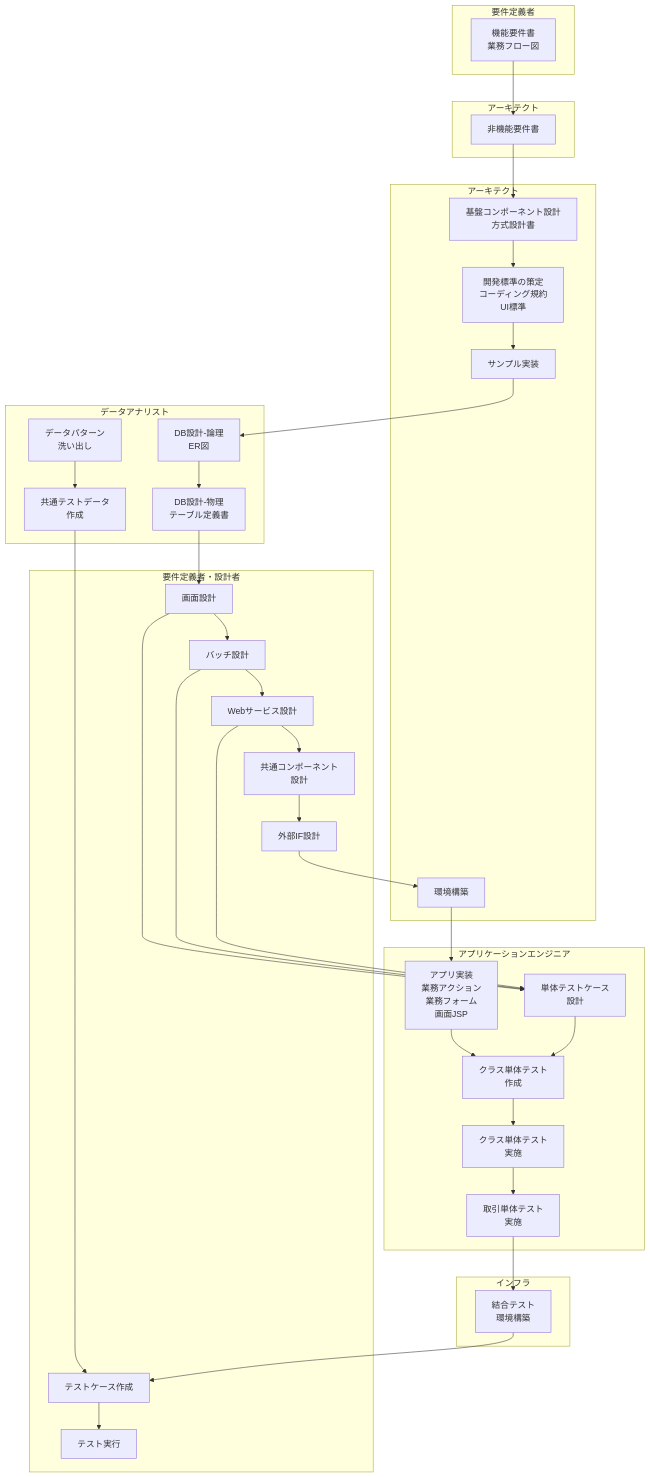
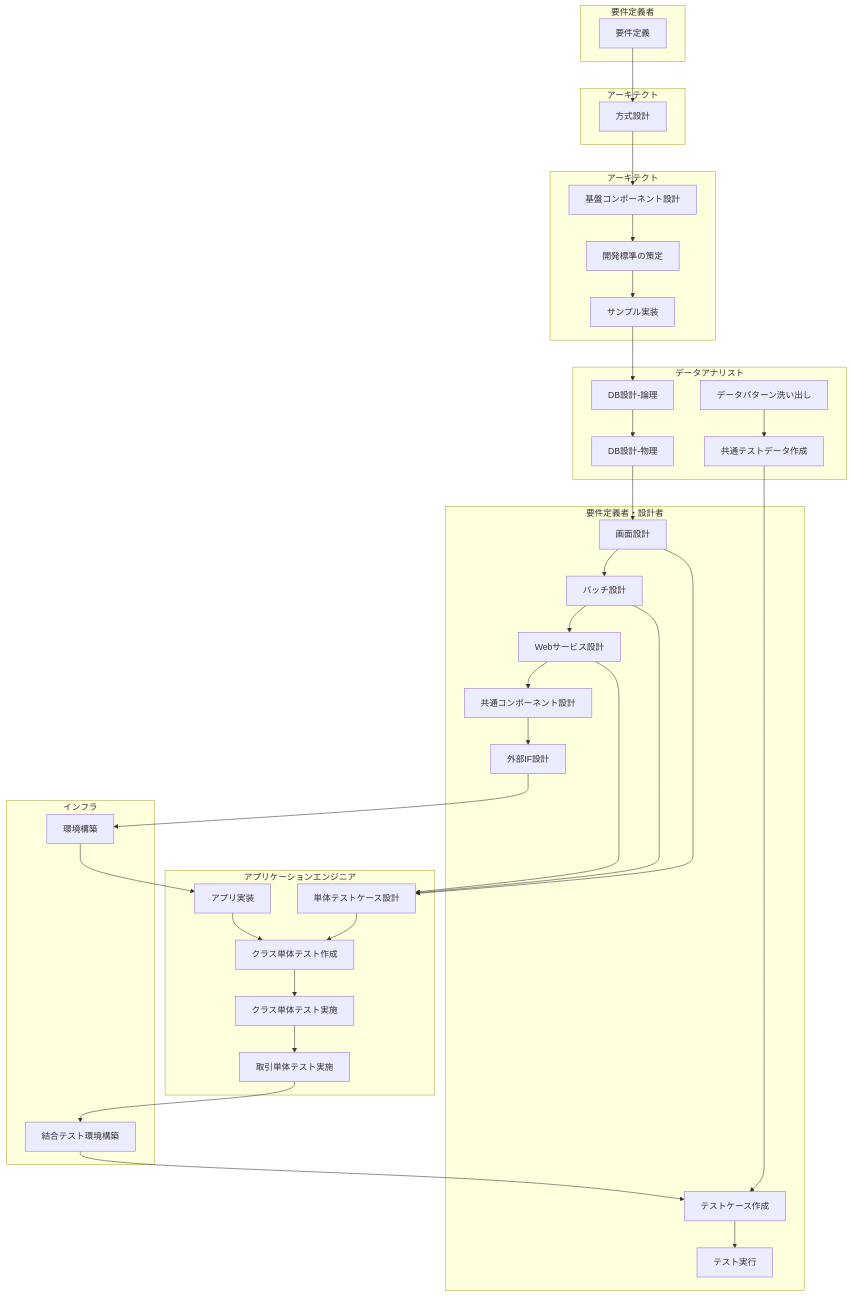
Before and after one commit to nablarch/nabledge-dev: the diagram in doc/asis-dev-flow.md, drawn with Mermaid. The commit also changed 1 other file, not shown here.

Commit message:
Change flowchart from deliverables to activities
Changed from deliverable-based to activity-based flowchart.
Activities are now shown as nodes, and deliverables are inputs/outputs
described in the tables below the diagrams.

````diff
--- a/doc/asis-dev-flow.md
+++ b/doc/asis-dev-flow.md
@@ -12,72 +12,72 @@
 ```mermaid
 flowchart TB
     subgraph req["要件定義者"]
-        A1[機能要件書<br/>業務フロー図]
+        A1[要件定義]
     end
 
     subgraph arch_req["アーキテクト"]
-        A2[非機能要件書]
+        A2[方式設計]
     end
 
     subgraph arch_design["アーキテクト"]
-        B1[基盤コンポーネント設計<br/>方式設計書]
-        B2[開発標準の策定<br/>コーディング規約<br/>UI標準]
+        B1[基盤コンポーネント設計]
+        B2[開発標準の策定]
         B3[サンプル実装]
-        E1[環境構築]
     end
 
     subgraph data["データアナリスト"]
-        C1[DB設計-論理<br/>ER図]
-        C2[DB設計-物理<br/>テーブル定義書]
-        C3[データパターン<br/>洗い出し]
-        E7[共通テストデータ<br/>作成]
+        C1[DB設計-論理]
+        C2[DB設計-物理]
+        C3[データパターン洗い出し]
+        C4[共通テストデータ作成]
     end
 
     subgraph designer["要件定義者・設計者"]
         D1[画面設計]
         D2[バッチ設計]
         D3[Webサービス設計]
-        D4[共通コンポーネント<br/>設計]
+        D4[共通コンポーネント設計]
         D5[外部IF設計]
-        F2[テストケース作成]
-        F3[テスト実行]
+        D6[テストケース作成]
+        D7[テスト実行]
     end
 
     subgraph appeng["アプリケーションエンジニア"]
-        E2[アプリ実装<br/>業務アクション<br/>業務フォーム<br/>画面JSP]
-        E3[単体テストケース<br/>設計]
-        E4[クラス単体テスト<br/>作成]
-        E5[クラス単体テスト<br/>実施]
-        E6[取引単体テスト<br/>実施]
+        E1[アプリ実装]
+        E2[単体テストケース設計]
+        E3[クラス単体テスト作成]
+        E4[クラス単体テスト実施]
+        E5[取引単体テスト実施]
     end
 
     subgraph infra["インフラ"]
-        F1[結合テスト<br/>環境構築]
+        F1[環境構築]
+        F2[結合テスト環境構築]
     end
 
     A1 --> A2
     A2 --> B1
     B1 --> B2
     B2 --> B3
     B3 --> C1
     C1 --> C2
     C2 --> D1
     D1 --> D2
     D2 --> D3
     D3 --> D4
     D4 --> D5
-    D5 --> E1
-    E1 --> E2
-    C3 --> E7
-    D1 --> E3
-    D2 --> E3
-    D3 --> E3
-    E2 --> E4
+    D5 --> F1
+    F1 --> E1
+    C3 --> C4
+    D1 --> E2
+    D2 --> E2
+    D3 --> E2
+    E1 --> E3
+    E2 --> E3
     E3 --> E4
     E4 --> E5
-    E5 --> E6
-    E6 --> F1
-    E7 --> F2
-    F1 --> F2
-    F2 --> F3
+    E5 --> F2
+    C4 --> D6
+    F2 --> D6
+    D6 --> D7
 ```
````
